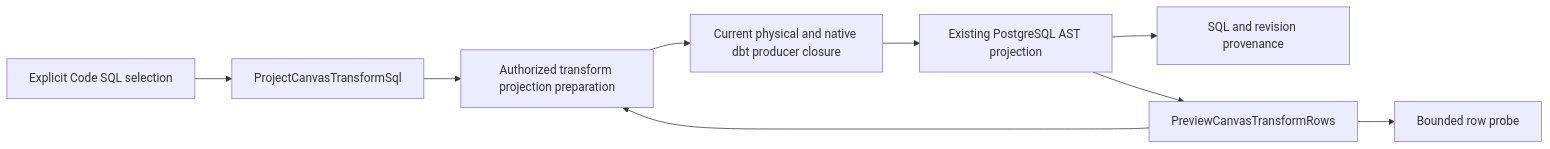
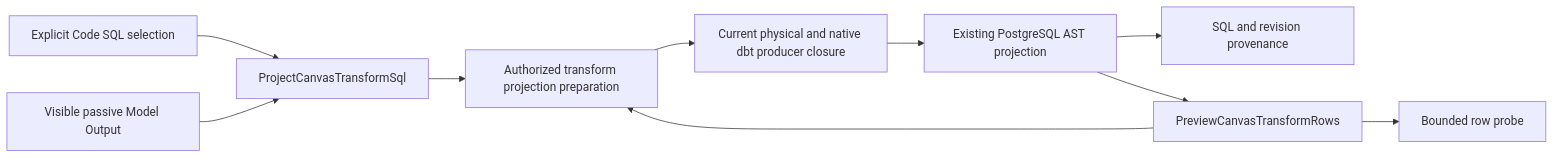
One commit to dunay2/dvt changed the third of 5 diagrams in docs/contracts/data-access-modes.md. Above: the diagram before and after it, drawn with Mermaid. The commit also changed other lines of this file and 22 other files, not shown here.

Commit message:
feat(web): Open Model Output and generate SQL on demand (#3941)

````diff
--- a/docs/contracts/data-access-modes.md
+++ b/docs/contracts/data-access-modes.md
@@ -172,11 +172,12 @@
 ```mermaid
 flowchart LR
   Code[Explicit Code SQL selection] --> SQL[ProjectCanvasTransformSql]
+  Output[Visible passive Model Output] --> SQL
   SQL --> Shared[Authorized transform projection preparation]
   Rows[PreviewCanvasTransformRows] --> Shared
   Shared --> Producers[Current physical and native dbt producer closure]
   Producers --> Projection[Existing PostgreSQL AST projection]
   Projection --> CodeResult[SQL and revision provenance]
   Projection --> Rows
   Rows --> Probe[Bounded row probe]
 ```
````
